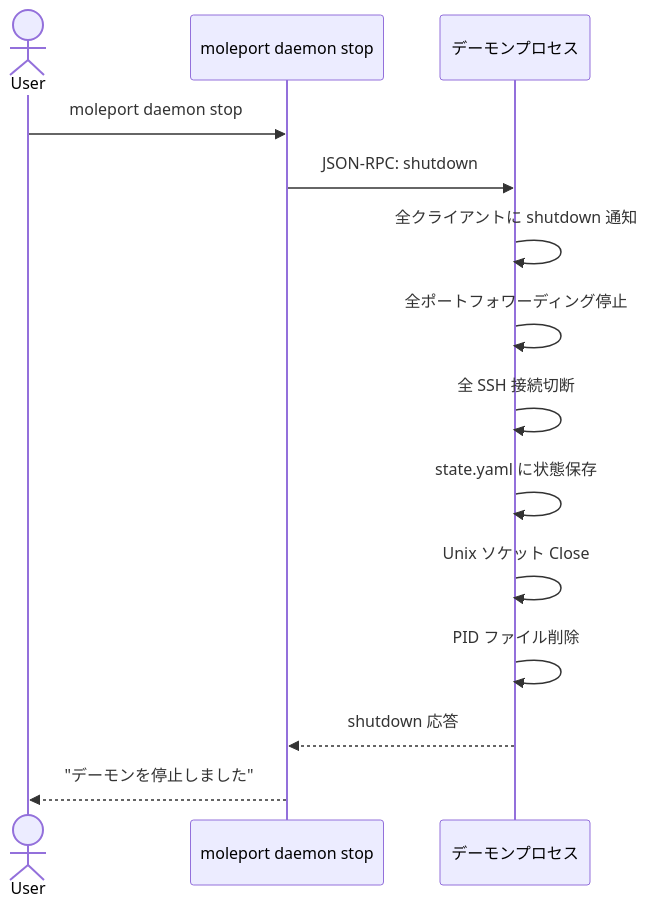
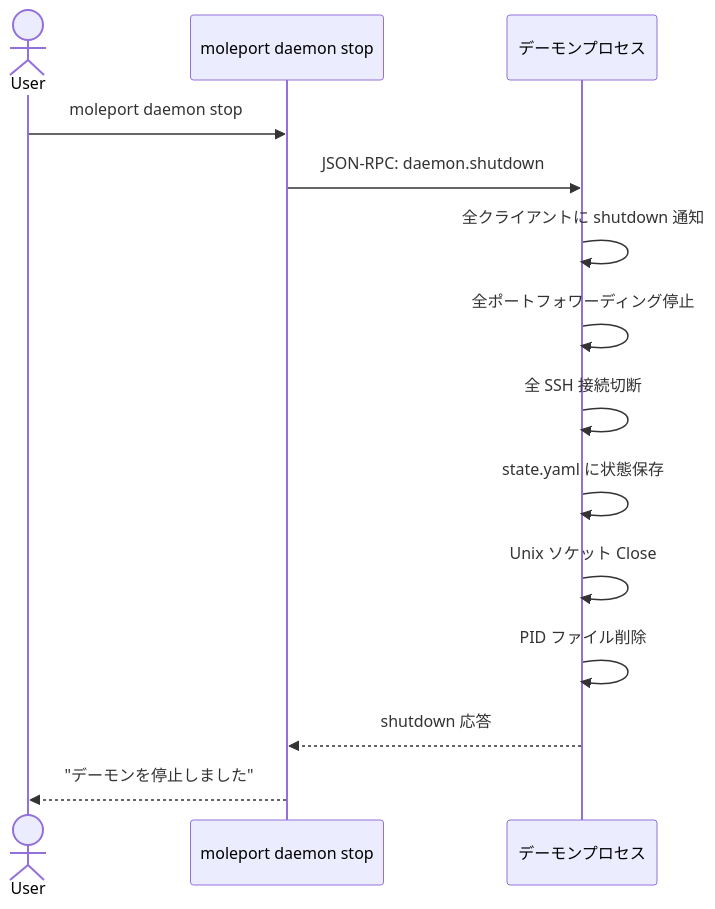
One commit to ousiassllc/MolePort changed the fourth of 11 diagrams in docs/architecture/overview.md. Above: the diagram before and after it, drawn with Mermaid. The commit also changed other lines of this file and 4 other files, not shown here.

````diff
--- a/docs/architecture/overview.md
+++ b/docs/architecture/overview.md
@@ -133,17 +133,17 @@
 ```mermaid
 sequenceDiagram
     actor User
     participant CLI as moleport daemon stop
     participant Daemon as デーモンプロセス
 
     User->>CLI: moleport daemon stop
-    CLI->>Daemon: JSON-RPC: shutdown
+    CLI->>Daemon: JSON-RPC: daemon.shutdown
     Daemon->>Daemon: 全クライアントに shutdown 通知
     Daemon->>Daemon: 全ポートフォワーディング停止
     Daemon->>Daemon: 全 SSH 接続切断
     Daemon->>Daemon: state.yaml に状態保存
     Daemon->>Daemon: Unix ソケット Close
     Daemon->>Daemon: PID ファイル削除
     Daemon-->>CLI: shutdown 応答
     CLI-->>User: "デーモンを停止しました"
 ```
````
